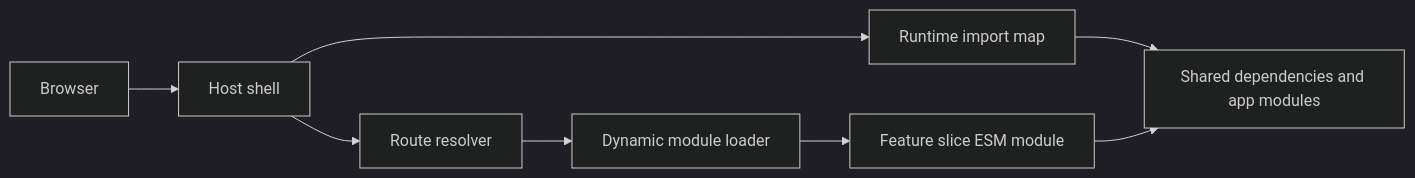
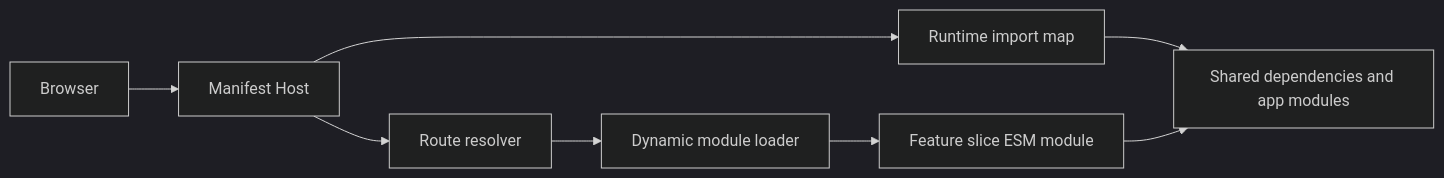
One commit to runtime-module-composition/runtime-module-composition.dev changed the diagram in src/content/docs/technical-implementation.md. Above: the diagram before and after it, drawn with Mermaid (dark theme). The commit also changed other lines of this file and 2 other files, not shown here.

Commit message:
docs: rewrite terminology — Host becomes generic role, add Manifest Host/No Manifest Host/Module Boundary/Independent Mount

````diff
--- a/src/content/docs/technical-implementation.md
+++ b/src/content/docs/technical-implementation.md
@@ -30,10 +30,10 @@
 ```mermaid
 flowchart LR
-  Browser["Browser"] --> Shell["Host shell"]
+  Browser["Browser"] --> Shell["Manifest Host"]
   Shell --> ImportMap["Runtime import map"]
   Shell --> Router["Route resolver"]
   Router --> Loader["Dynamic module loader"]
   Loader --> Slice["Feature slice ESM module"]
   ImportMap --> Shared["Shared dependencies and app modules"]
   Slice --> Shared
 ```
````
